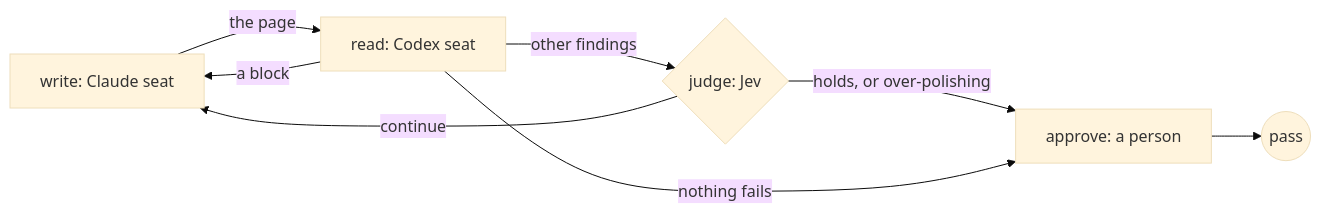
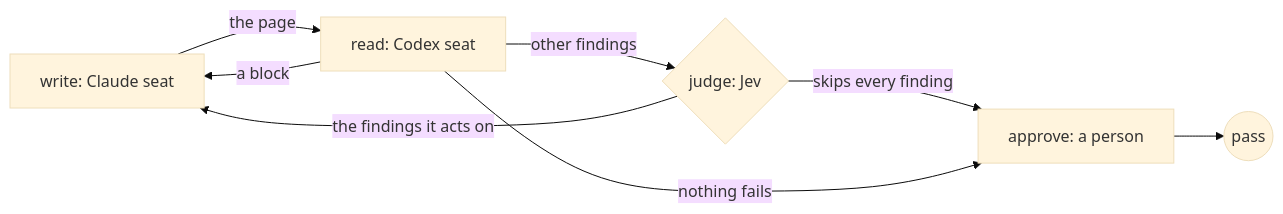
Before and after one commit to jonny981/obversa: the diagram in docs/public/patterns/judge-stops-the-loop.mdx, drawn with Mermaid (base theme). The commit also changed other lines of this file and 18 other files, not shown here.

First line of the commit message:
feat(runtime): the judge decides each review finding

````diff
--- a/docs/public/patterns/judge-stops-the-loop.mdx
+++ b/docs/public/patterns/judge-stops-the-loop.mdx
@@ -22,10 +23,10 @@
 ```mermaid
 flowchart LR
   write["write: Claude seat"] -->|the page| read["read: Codex seat"]
   read -->|a block| write
   read -->|other findings| judge{"judge: Jev"}
-  judge -->|continue| write
-  judge -->|holds, or over-polishing| approve["approve: a person"]
+  judge -->|the findings it acts on| write
+  judge -->|skips every finding| approve["approve: a person"]
   read -->|nothing fails| approve
   approve --> done((pass))
 ```
````
